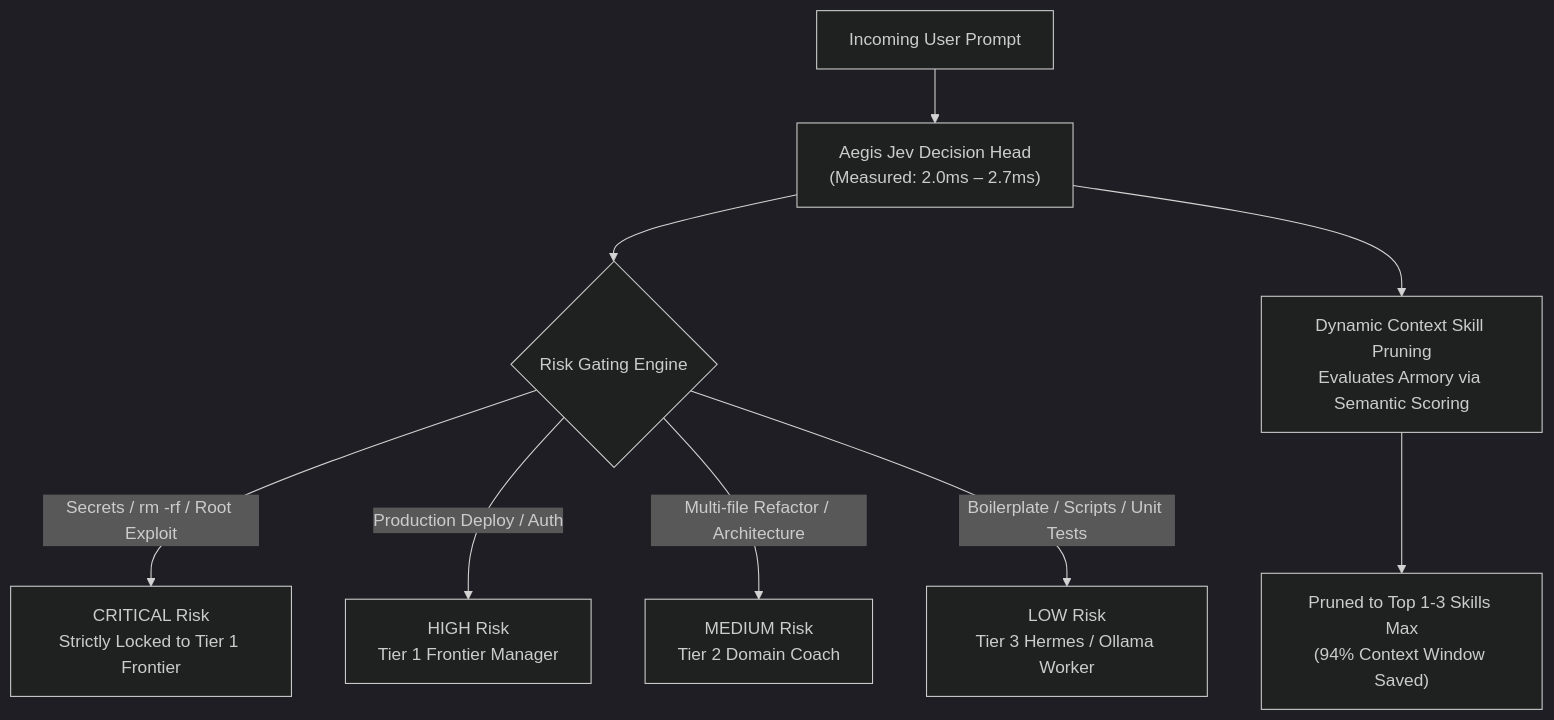
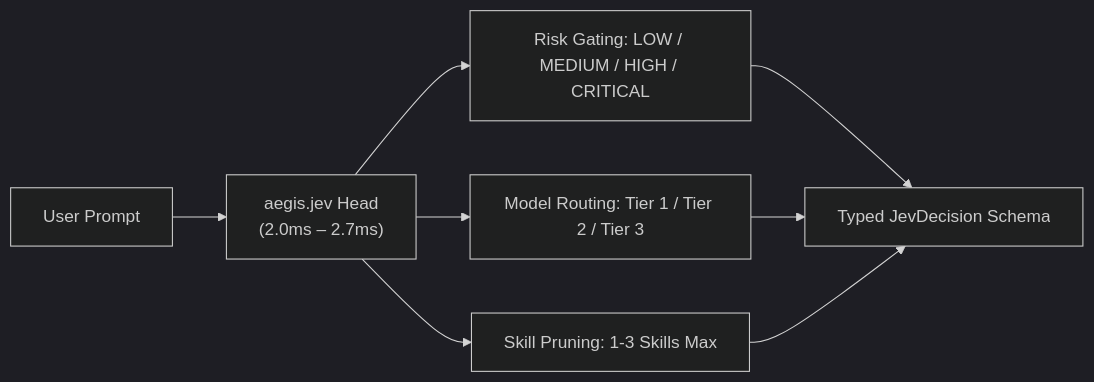
The second of 5 diagrams in README.md (PG300604/aegis-brain), drawn with Mermaid (dark theme) before and after one commit. The commit also changed other lines of this file, not shown here.

Commit message:
docs: break README ice-lock with native Mermaid diagrams, Excalidraw design links, and un-scrawled architectural deep dives

````diff
--- a/README.md
+++ b/README.md
@@ -166,13 +143,11 @@
 ```mermaid
-flowchart TD
-    UserPrompt["Incoming User Prompt"] --> Jev["Aegis Jev Decision Head<br/>(Measured: 2.0ms – 2.7ms)"]
+flowchart LR
+    P["User Prompt"] --> Jev["aegis.jev Head<br/>(2.0ms – 2.7ms)"]
+    Jev --> R1["Risk Gating: LOW / MEDIUM / HIGH / CRITICAL"]
+    Jev --> R2["Model Routing: Tier 1 / Tier 2 / Tier 3"]
+    Jev --> R3["Skill Pruning: 1-3 Skills Max"]
     
-    Jev --> RiskEval{"Risk Gating Engine"}
-    RiskEval -->|Secrets / rm -rf / Root Exploit| LockT1["CRITICAL Risk<br/>Strictly Locked to Tier 1 Frontier"]
-    RiskEval -->|Production Deploy / Auth| HighT1["HIGH Risk<br/>Tier 1 Frontier Manager"]
-    RiskEval -->|Multi-file Refactor / Architecture| MedT2["MEDIUM Risk<br/>Tier 2 Domain Coach"]
-    RiskEval -->|Boilerplate / Scripts / Unit Tests| LowT3["LOW Risk<br/>Tier 3 Hermes / Ollama Worker"]
-
-    Jev --> SkillPrune["Dynamic Context Skill Pruning<br/>Evaluates Armory via Semantic Scoring"]
-    SkillPrune --> MicroSkills["Pruned to Top 1-3 Skills Max<br/>(94% Context Window Saved)"]
+    R1 --> Out["Typed JevDecision Schema"]
+    R2 --> Out
+    R3 --> Out
 ```
````
